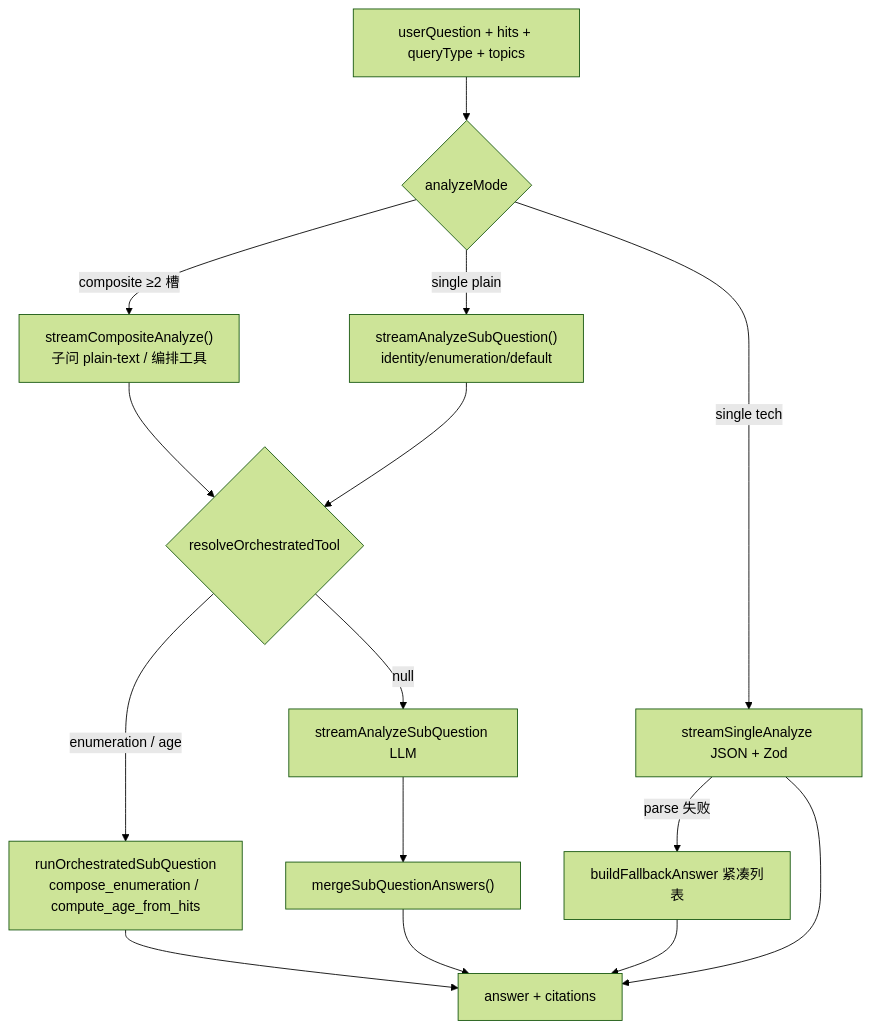
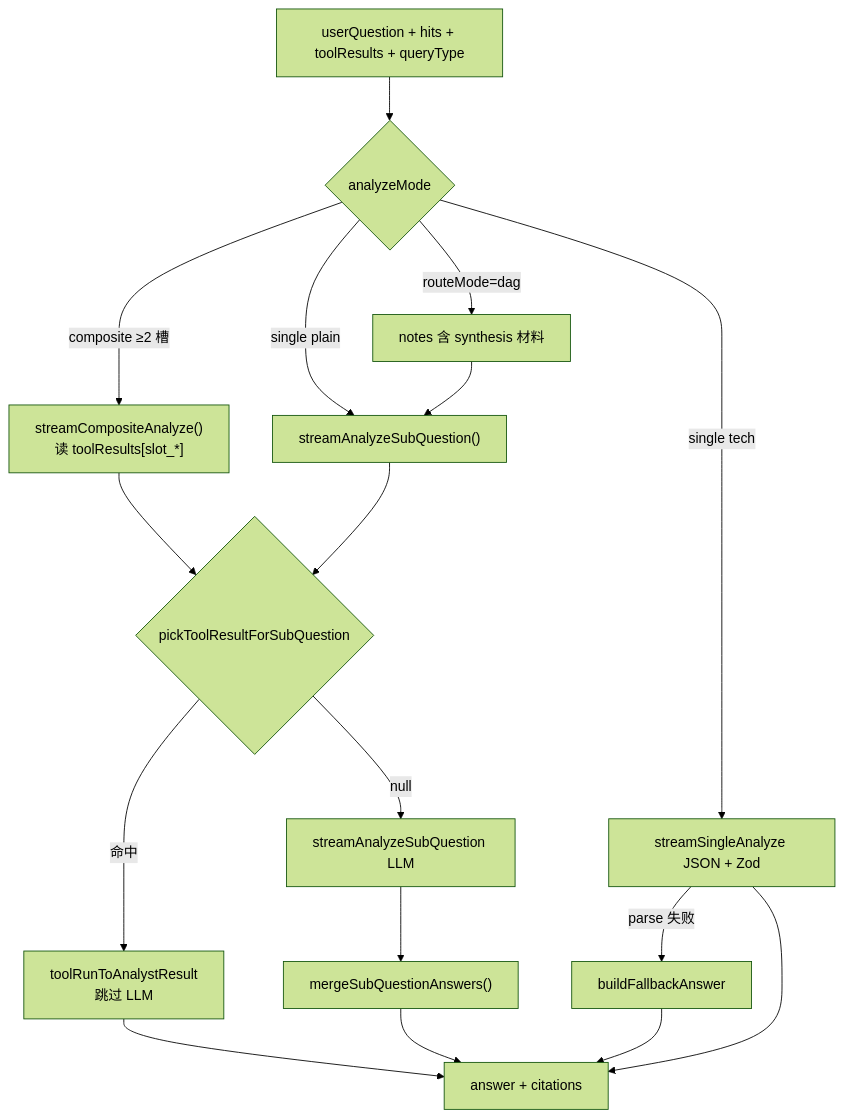
The eighth of 13 diagrams in docs/02-agent-flows.md (panzhanfei/fambrain-agents), drawn with Mermaid (forest theme) before and after one commit. The commit also changed other lines of this file and 30 other files, not shown here.

````diff
--- a/docs/02-agent-flows.md
+++ b/docs/02-agent-flows.md
@@ -335,17 +339,19 @@
 ```mermaid
 flowchart TD
-  IN["userQuestion + hits + queryType + topics"] --> MODE{"analyzeMode"}
-  MODE -->|composite ≥2 槽| COMP["streamCompositeAnalyze()<br/>子问 plain-text / 编排工具"]
-  MODE -->|single plain| PLAIN["streamAnalyzeSubQuestion()<br/>identity/enumeration/default"]
+  IN["userQuestion + hits + toolResults + queryType"] --> MODE{"analyzeMode"}
+  MODE -->|composite ≥2 槽| COMP["streamCompositeAnalyze()<br/>读 toolResults[slot_*]"]
+  MODE -->|single plain| PLAIN["streamAnalyzeSubQuestion()"]
+  MODE -->|routeMode=dag| DAGIN["notes 含 synthesis 材料"]
+  DAGIN --> PLAIN
   MODE -->|single tech| JSON["streamSingleAnalyze JSON + Zod"]
-  COMP --> ORCH{"resolveOrchestratedTool"}
-  PLAIN --> ORCH
-  ORCH -->|enumeration / age| TOOL["runOrchestratedSubQuestion<br/>compose_enumeration / compute_age_from_hits"]
-  ORCH -->|null| LLM["streamAnalyzeSubQuestion LLM"]
+  COMP --> PICK{"pickToolResultForSubQuestion"}
+  PLAIN --> PICK
+  PICK -->|命中| TOOL["toolRunToAnalystResult<br/>跳过 LLM"]
+  PICK -->|null| LLM["streamAnalyzeSubQuestion LLM"]
   TOOL --> ANS[answer + citations]
   LLM --> MERGE["mergeSubQuestionAnswers()"]
-  JSON -->|parse 失败| FB["buildFallbackAnswer 紧凑列表"]
+  JSON -->|parse 失败| FB["buildFallbackAnswer"]
   JSON --> ANS
   MERGE --> ANS
   FB --> ANS
 ```
````
